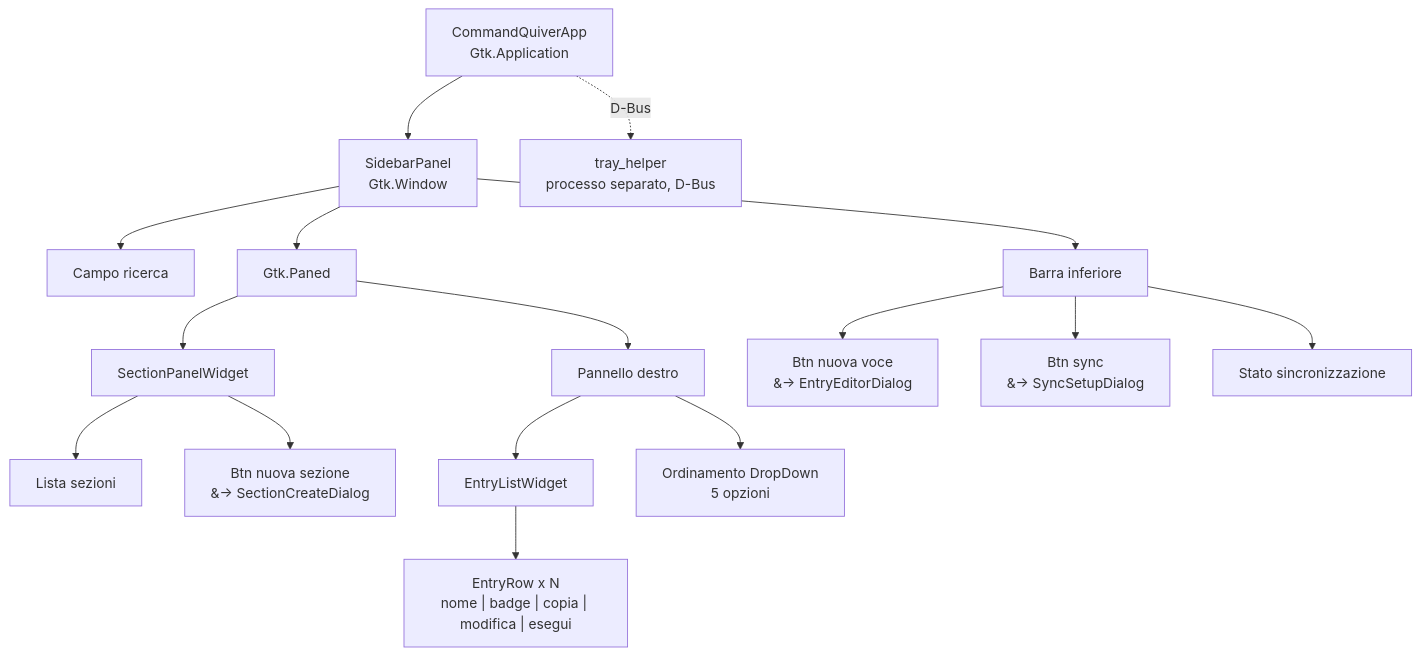
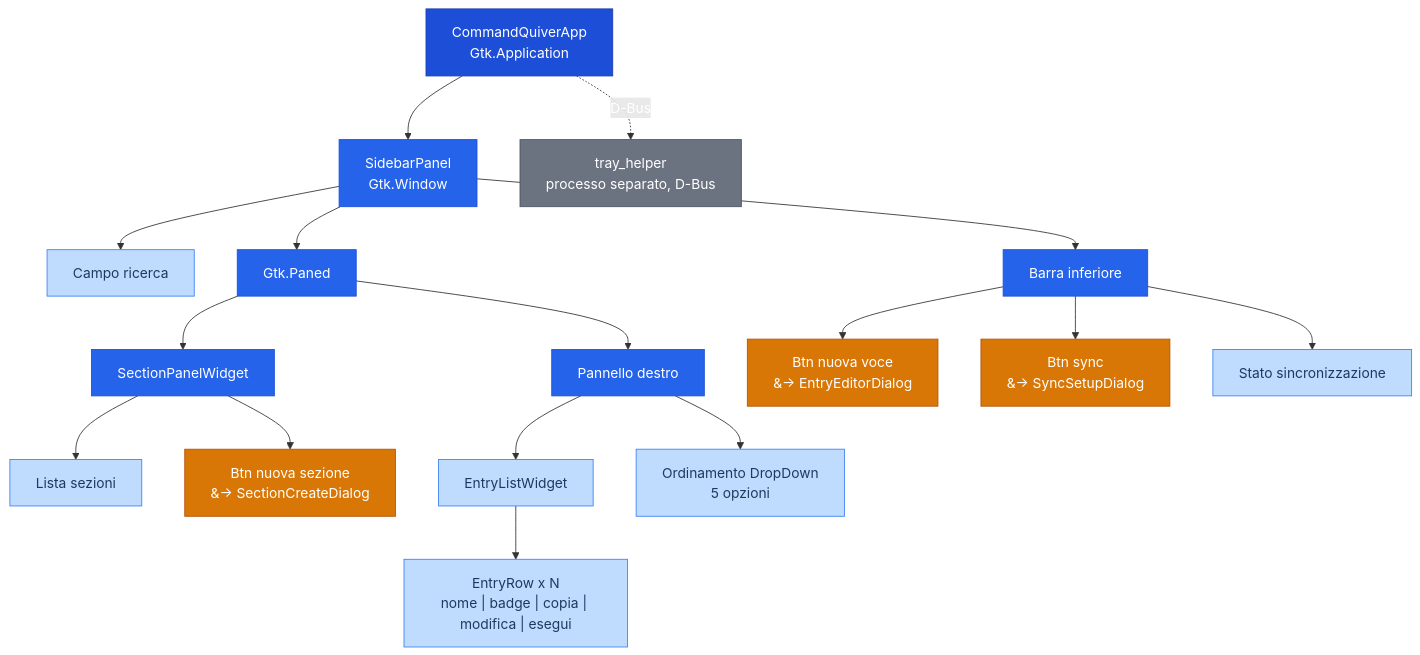
Before and after one commit to AndreaBonn/command-quiver: the sixth of 6 diagrams in docs/ARCHITECTURE.it.md, drawn with Mermaid. The commit also changed other lines of this file and 3 other files, not shown here.

First line of the commit message:
style(docs): add semantic classDef colors to Mermaid flowcharts

````diff
--- a/docs/ARCHITECTURE.it.md
+++ b/docs/ARCHITECTURE.it.md
@@ -173,35 +184,48 @@
 ```mermaid
+%%{init: {'theme': 'default'}}%%
 graph TD
   app["CommandQuiverApp<br/>Gtk.Application"]
   sidebar["SidebarPanel<br/>Gtk.Window"]
   search["Campo ricerca"]
   paned["Gtk.Paned"]
   section_panel["SectionPanelWidget"]
   section_list["Lista sezioni"]
   new_section["Btn nuova sezione<br/>&#8594; SectionCreateDialog"]
   right_panel["Pannello destro"]
   entry_list["EntryListWidget"]
   entry_row["EntryRow x N<br/>nome | badge | copia | modifica | esegui"]
   sort_dd["Ordinamento DropDown<br/>5 opzioni"]
   bottom_bar["Barra inferiore"]
   new_entry["Btn nuova voce<br/>&#8594; EntryEditorDialog"]
   sync_btn["Btn sync<br/>&#8594; SyncSetupDialog"]
   sync_label["Stato sincronizzazione"]
   tray["tray_helper<br/>processo separato, D-Bus"]
 
   app --> sidebar
   app -.->|"D-Bus"| tray
   sidebar --> search
   sidebar --> paned
   sidebar --> bottom_bar
   paned --> section_panel
   paned --> right_panel
   section_panel --> section_list
   section_panel --> new_section
   right_panel --> entry_list
   right_panel --> sort_dd
   entry_list --> entry_row
   bottom_bar --> new_entry
   bottom_bar --> sync_btn
   bottom_bar --> sync_label
+
+  classDef root fill:#1d4ed8,stroke:#1e40af,color:#fff
+  classDef container fill:#2563eb,stroke:#1d4ed8,color:#fff
+  classDef leaf fill:#bfdbfe,stroke:#3b82f6,color:#1e3a5f
+  classDef ext fill:#6b7280,stroke:#4b5563,color:#fff
+  classDef action fill:#d97706,stroke:#b45309,color:#fff
+
+  class app root
+  class sidebar,paned,section_panel,right_panel,bottom_bar container
+  class search,section_list,entry_list,entry_row,sort_dd,sync_label leaf
+  class tray ext
+  class new_section,new_entry,sync_btn action
 ```
````
